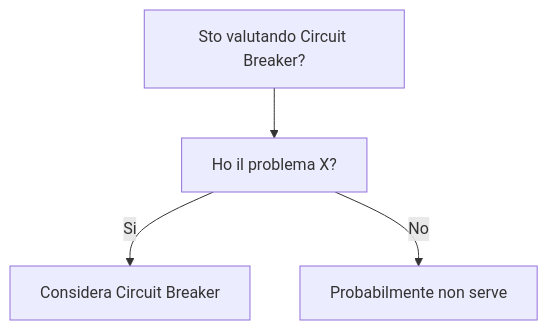
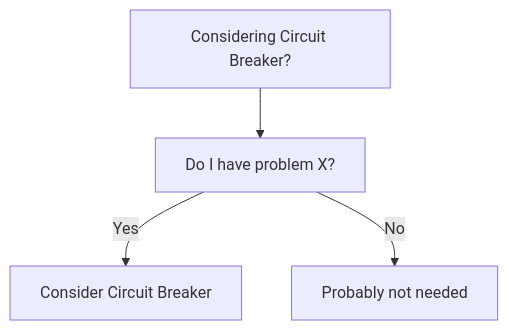
One commit to HxT9/Software-Dev-Wiki changed the diagram in dev-wiki/05_Distributed_Systems/Circuit_Breaker/When_To_Use.md. Above: the diagram before and after it, drawn with Mermaid. The commit also changed other lines of this file and 3444 other files, not shown here.

````diff
--- a/dev-wiki/05_Distributed_Systems/Circuit_Breaker/When_To_Use.md
+++ b/dev-wiki/05_Distributed_Systems/Circuit_Breaker/When_To_Use.md
@@ -19,6 +19,6 @@
 ```mermaid
 flowchart TD
-  Q[Sto valutando Circuit Breaker?] --> Q1[Ho il problema X?]
-  Q1 -->|Si| OK[Considera Circuit Breaker]
-  Q1 -->|No| NO[Probabilmente non serve]
+  Q[Considering Circuit Breaker?] --> Q1[Do I have problem X?]
+  Q1 -->|Yes| OK[Consider Circuit Breaker]
+  Q1 -->|No| NO[Probably not needed]
 ```
````
